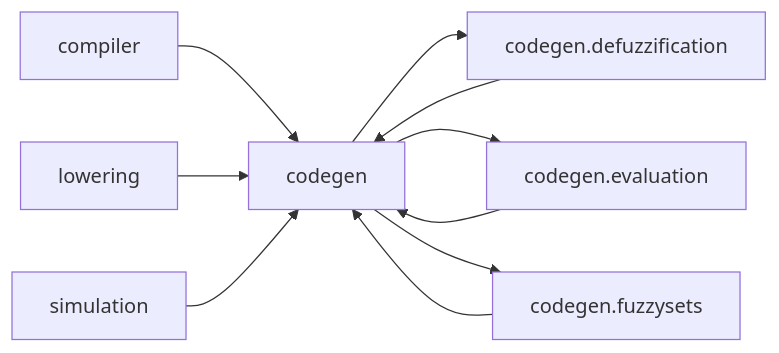
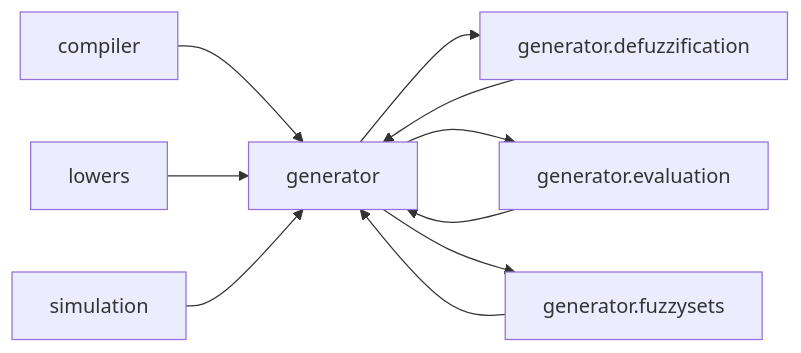
One commit to PascalUser/FLC-IEC61131-7 changed the first of 3 diagrams in doc/modules/codegen.md. Above: the diagram before and after it, drawn with Mermaid. The commit also changed other lines of this file and 537 other files, not shown here.

````diff
--- a/doc/modules/codegen.md
+++ b/doc/modules/codegen.md
@@ -23,20 +23,20 @@
 ```mermaid
 flowchart LR
-    codegen["codegen"]
-    codegen_defuzzification["codegen.defuzzification"]
-    codegen_evaluation["codegen.evaluation"]
-    codegen_fuzzysets["codegen.fuzzysets"]
+    generator["generator"]
+    codegen_defuzzification["generator.defuzzification"]
+    codegen_evaluation["generator.evaluation"]
+    codegen_fuzzysets["generator.fuzzysets"]
     compiler["compiler"]
-    lowering["lowering"]
+    lowers["lowers"]
     simulation["simulation"]
-    codegen --> codegen_defuzzification
-    codegen --> codegen_evaluation
-    codegen --> codegen_fuzzysets
-    codegen_defuzzification --> codegen
-    codegen_evaluation --> codegen
-    codegen_fuzzysets --> codegen
-    compiler --> codegen
-    lowering --> codegen
-    simulation --> codegen
+    generator --> codegen_defuzzification
+    generator --> codegen_evaluation
+    generator --> codegen_fuzzysets
+    codegen_defuzzification --> generator
+    codegen_evaluation --> generator
+    codegen_fuzzysets --> generator
+    compiler --> generator
+    lowers --> generator
+    simulation --> generator
 
 ```
````
